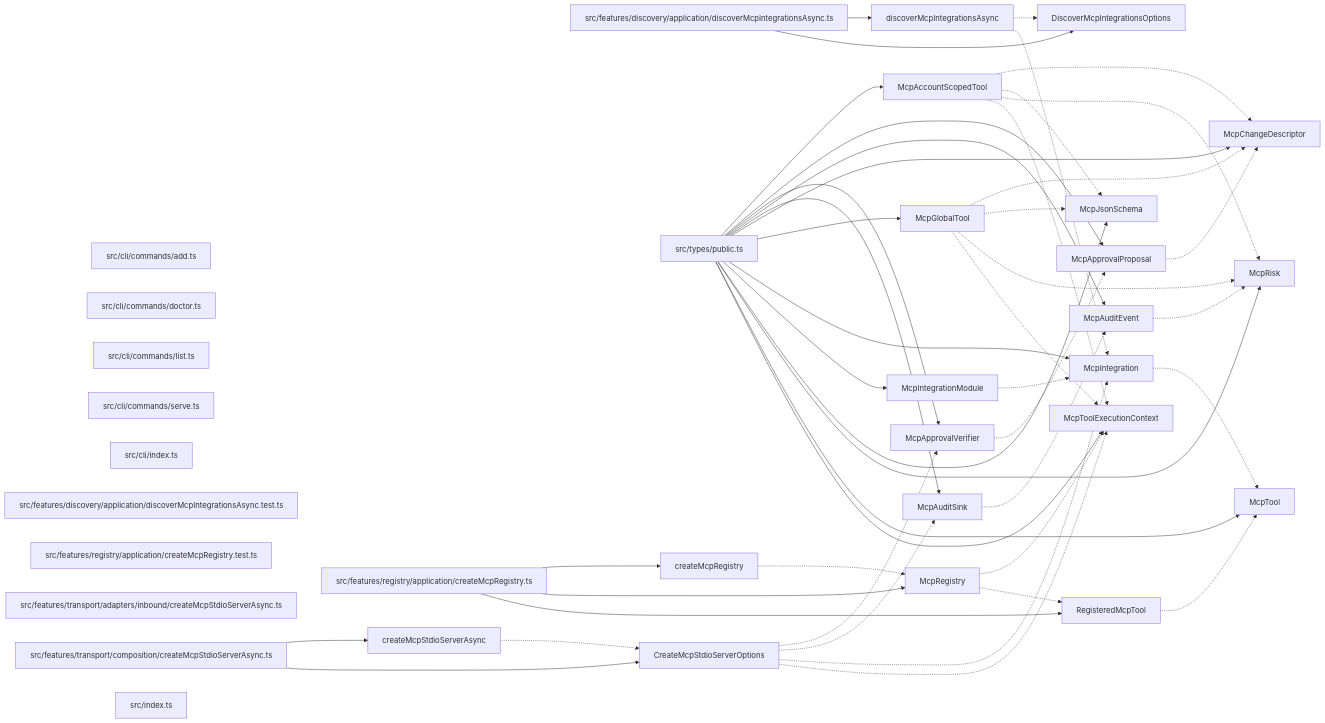
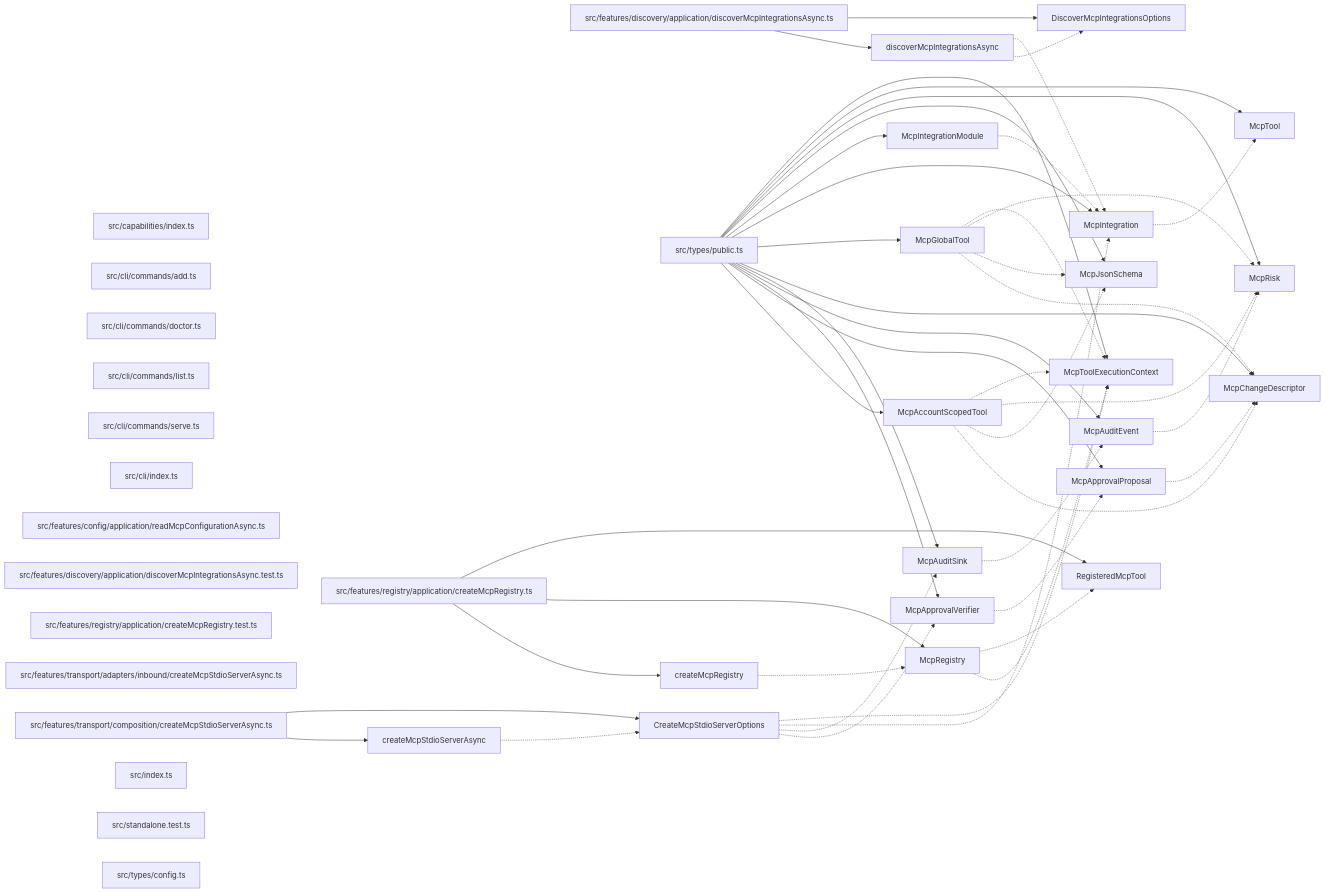
One commit to ankhorage/mcp changed the diagram in paradox/diagrams/export-graph.mmd. Above: the diagram before and after it, drawn with Mermaid. The commit also changed 12 other files, not shown here.

```diff
--- a/paradox/diagrams/export-graph.mmd
+++ b/paradox/diagrams/export-graph.mmd
@@ -1,79 +1,82 @@
 graph LR
+  module_src_capabilities_index_ts["src/capabilities/index.ts"]
   module_src_cli_commands_add_ts["src/cli/commands/add.ts"]
   module_src_cli_commands_doctor_ts["src/cli/commands/doctor.ts"]
   module_src_cli_commands_list_ts["src/cli/commands/list.ts"]
   module_src_cli_commands_serve_ts["src/cli/commands/serve.ts"]
   module_src_cli_index_ts["src/cli/index.ts"]
+  module_src_features_config_application_readMcpConfigurationAsync_ts["src/features/config/application/readMcpConfigurationAsync.ts"]
   module_src_features_discovery_application_discoverMcpIntegrationsAsync_test_ts["src/features/discovery/application/discoverMcpIntegrationsAsync.test.ts"]
   module_src_features_discovery_application_discoverMcpIntegrationsAsync_ts["src/features/discovery/application/discoverMcpIntegrationsAsync.ts"]
   module_src_features_registry_application_createMcpRegistry_test_ts["src/features/registry/application/createMcpRegistry.test.ts"]
   module_src_features_registry_application_createMcpRegistry_ts["src/features/registry/application/createMcpRegistry.ts"]
   module_src_features_transport_adapters_inbound_createMcpStdioServerAsync_ts["src/features/transport/adapters/inbound/createMcpStdioServerAsync.ts"]
   module_src_features_transport_composition_createMcpStdioServerAsync_ts["src/features/transport/composition/createMcpStdioServerAsync.ts"]
   module_src_index_ts["src/index.ts"]
+  module_src_standalone_test_ts["src/standalone.test.ts"]
+  module_src_types_config_ts["src/types/config.ts"]
   module_src_types_public_ts["src/types/public.ts"]
   export_createMcpRegistry["createMcpRegistry"]
   module_src_features_registry_application_createMcpRegistry_ts --> export_createMcpRegistry
   export_createMcpRegistry -.-> export_McpRegistry
   export_createMcpStdioServerAsync["createMcpStdioServerAsync"]
   module_src_features_transport_composition_createMcpStdioServerAsync_ts --> export_createMcpStdioServerAsync
   export_createMcpStdioServerAsync -.-> export_CreateMcpStdioServerOptions
   export_CreateMcpStdioServerOptions["CreateMcpStdioServerOptions"]
   module_src_features_transport_composition_createMcpStdioServerAsync_ts --> export_CreateMcpStdioServerOptions
   export_CreateMcpStdioServerOptions -.-> export_McpApprovalVerifier
   export_CreateMcpStdioServerOptions -.-> export_McpAuditSink
   export_CreateMcpStdioServerOptions -.-> export_McpIntegration
   export_CreateMcpStdioServerOptions -.-> export_McpToolExecutionContext
   export_discoverMcpIntegrationsAsync["discoverMcpIntegrationsAsync"]
   module_src_features_discovery_application_discoverMcpIntegrationsAsync_ts --> export_discoverMcpIntegrationsAsync
   export_discoverMcpIntegrationsAsync -.-> export_DiscoverMcpIntegrationsOptions
   export_discoverMcpIntegrationsAsync -.-> export_McpIntegration
   export_DiscoverMcpIntegrationsOptions["DiscoverMcpIntegrationsOptions"]
   module_src_features_discovery_application_discoverMcpIntegrationsAsync_ts --> export_DiscoverMcpIntegrationsOptions
   export_McpAccountScopedTool["McpAccountScopedTool"]
   module_src_types_public_ts --> export_McpAccountScopedTool
   export_McpAccountScopedTool -.-> export_McpChangeDescriptor
   export_McpAccountScopedTool -.-> export_McpJsonSchema
   export_McpAccountScopedTool -.-> export_McpRisk
   export_McpAccountScopedTool -.-> export_McpToolExecutionContext
   export_McpApprovalProposal["McpApprovalProposal"]
   module_src_types_public_ts --> export_McpApprovalProposal
   export_McpApprovalProposal -.-> export_McpChangeDescriptor
   export_McpApprovalVerifier["McpApprovalVerifier"]
   module_src_types_public_ts --> export_McpApprovalVerifier
   export_McpApprovalVerifier -.-> export_McpApprovalProposal
   export_McpAuditEvent["McpAuditEvent"]
   module_src_types_public_ts --> export_McpAuditEvent
   export_McpAuditEvent -.-> export_McpRisk
   export_McpAuditSink["McpAuditSink"]
   module_src_types_public_ts --> export_McpAuditSink
   export_McpAuditSink -.-> export_McpAuditEvent
   export_McpChangeDescriptor["McpChangeDescriptor"]
   module_src_types_public_ts --> export_McpChangeDescriptor
   export_McpGlobalTool["McpGlobalTool"]
   module_src_types_public_ts --> export_McpGlobalTool
   export_McpGlobalTool -.-> export_McpChangeDescriptor
   export_McpGlobalTool -.-> export_McpJsonSchema
   export_McpGlobalTool -.-> export_McpRisk
   export_McpGlobalTool -.-> export_McpToolExecutionContext
   export_McpIntegration["McpIntegration"]
   module_src_types_public_ts --> export_McpIntegration
   export_McpIntegration -.-> export_McpTool
   export_McpIntegrationModule["McpIntegrationModule"]
   module_src_types_public_ts --> export_McpIntegrationModule
   export_McpIntegrationModule -.-> export_McpIntegration
   export_McpJsonSchema["McpJsonSchema"]
   module_src_types_public_ts --> export_McpJsonSchema
   export_McpRegistry["McpRegistry"]
   module_src_features_registry_application_createMcpRegistry_ts --> export_McpRegistry
   export_McpRegistry -.-> export_McpToolExecutionContext
   export_McpRegistry -.-> export_RegisteredMcpTool
   export_McpRisk["McpRisk"]
   module_src_types_public_ts --> export_McpRisk
   export_McpTool["McpTool"]
   module_src_types_public_ts --> export_McpTool
   export_McpToolExecutionContext["McpToolExecutionContext"]
   module_src_types_public_ts --> export_McpToolExecutionContext
   export_RegisteredMcpTool["RegisteredMcpTool"]
   module_src_features_registry_application_createMcpRegistry_ts --> export_RegisteredMcpTool
-  export_RegisteredMcpTool -.-> export_McpTool
```
